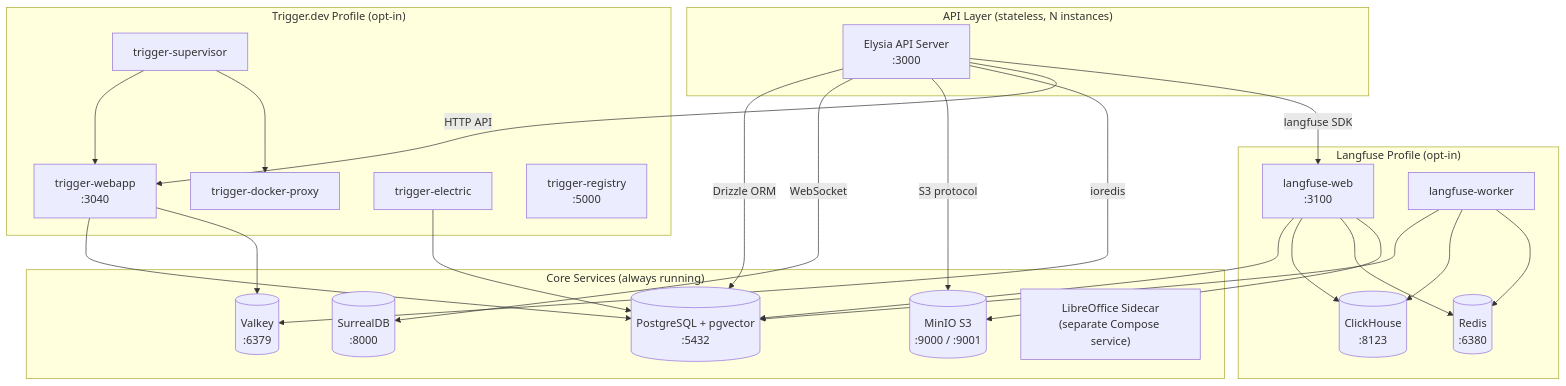
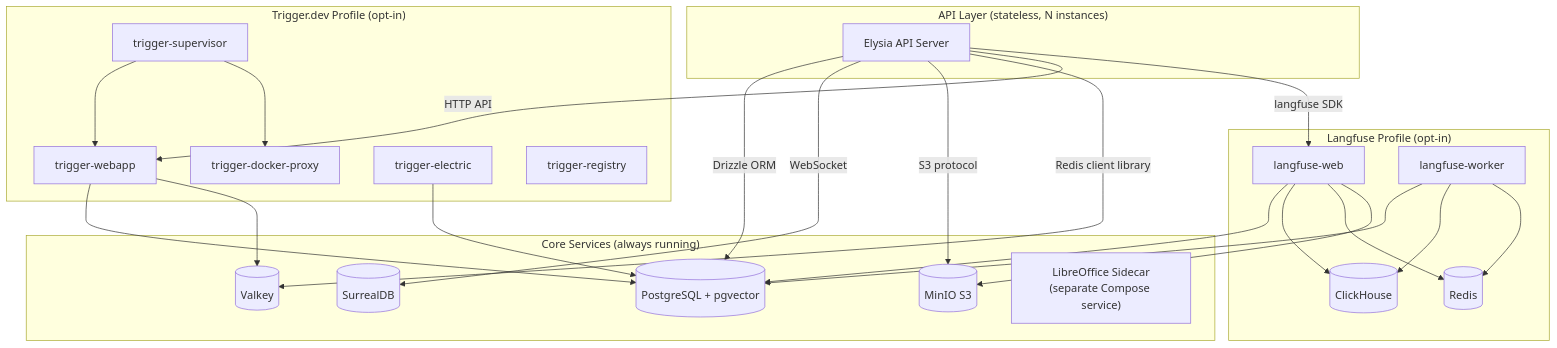
Before and after one commit to 1qh/safeagent: the first of 18 diagrams in plan/15-infrastructure.md, drawn with Mermaid. The commit also changed other lines of this file and 18 other files, not shown here.

````diff
--- a/plan/15-infrastructure.md
+++ b/plan/15-infrastructure.md
@@ -25,44 +25,44 @@
 ```mermaid
 graph TB
     subgraph CORE_SERVICES["Core Services (always running)"]
-        POSTGRES_DB[("PostgreSQL + pgvector\n:5432")]
-        SURREAL_DB[("SurrealDB\n:8000")]
-        MINIO_STORAGE[("MinIO S3\n:9000 / :9001")]
-        VALKEY_CACHE[("Valkey\n:6379")]
+        POSTGRES_DB[("PostgreSQL + pgvector")]
+        SURREAL_DB[("SurrealDB")]
+        MINIO_STORAGE[("MinIO S3")]
+        VALKEY_CACHE[("Valkey")]
         LIBREOFFICE_SIDECAR["LibreOffice Sidecar\n(separate Compose service)"]
     end
     subgraph TRIGGER_PROFILE["Trigger.dev Profile (opt-in)"]
-        TRIGGER_WEBAPP["trigger-webapp\n:3040"]
+        TRIGGER_WEBAPP["trigger-webapp"]
         TRIGGER_SUPERVISOR["trigger-supervisor"]
         TRIGGER_DOCKER_PROXY["trigger-docker-proxy"]
         TRIGGER_ELECTRIC["trigger-electric"]
-        TRIGGER_REGISTRY["trigger-registry\n:5000"]
+        TRIGGER_REGISTRY["trigger-registry"]
     end
     subgraph LANGFUSE_PROFILE["Langfuse Profile (opt-in)"]
-        CLICKHOUSE_DB[("ClickHouse\n:8123")]
-        LANGFUSE_REDIS[("Redis\n:6380")]
-        LANGFUSE_WEB["langfuse-web\n:3100"]
+        CLICKHOUSE_DB[("ClickHouse")]
+        LANGFUSE_REDIS[("Redis")]
+        LANGFUSE_WEB["langfuse-web"]
         LANGFUSE_WORKER["langfuse-worker"]
     end
     subgraph API_LAYER["API Layer (stateless, N instances)"]
-        ELYSIA_API["Elysia API Server\n:3000"]
+        ELYSIA_API["Elysia API Server"]
     end
     ELYSIA_API -->|"Drizzle ORM"| POSTGRES_DB
     ELYSIA_API -->|"WebSocket"| SURREAL_DB
     ELYSIA_API -->|"S3 protocol"| MINIO_STORAGE
-    ELYSIA_API -->|"ioredis"| VALKEY_CACHE
+    ELYSIA_API -->|"Redis client library"| VALKEY_CACHE
     ELYSIA_API -->|"HTTP API"| TRIGGER_WEBAPP
     ELYSIA_API -->|"langfuse SDK"| LANGFUSE_WEB
     TRIGGER_WEBAPP --> POSTGRES_DB
     TRIGGER_WEBAPP --> VALKEY_CACHE
     TRIGGER_SUPERVISOR --> TRIGGER_WEBAPP
     TRIGGER_SUPERVISOR --> TRIGGER_DOCKER_PROXY
     TRIGGER_ELECTRIC --> POSTGRES_DB
     LANGFUSE_WEB --> POSTGRES_DB
     LANGFUSE_WEB --> CLICKHOUSE_DB
     LANGFUSE_WEB --> LANGFUSE_REDIS
     LANGFUSE_WEB --> MINIO_STORAGE
     LANGFUSE_WORKER --> POSTGRES_DB
     LANGFUSE_WORKER --> CLICKHOUSE_DB
     LANGFUSE_WORKER --> LANGFUSE_REDIS
 ```
````
